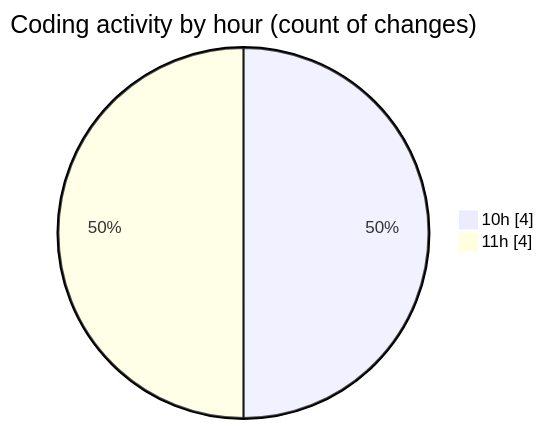
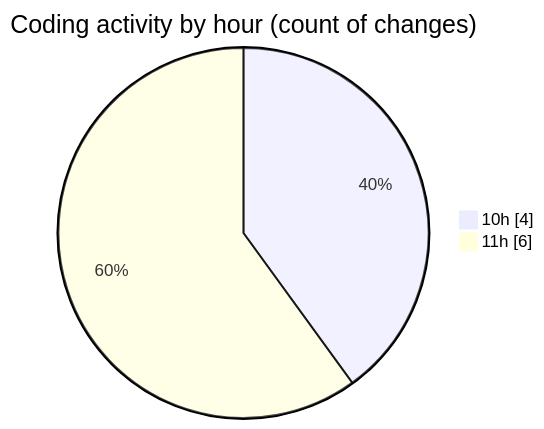
Before and after one commit to LanceThiago/code-tracking: the second of 2 diagrams in 2025-10-03/totem2/README.md, drawn with Mermaid. The commit also changed other lines of this file and 1 other file, not shown here.

````diff
--- a/2025-10-03/totem2/README.md
+++ b/2025-10-03/totem2/README.md
@@ -29,6 +29,6 @@
 ```mermaid
 pie showData
 title Coding activity by hour (count of changes)
 "10h" : 4
-"11h" : 4
+"11h" : 6
 ```
````
